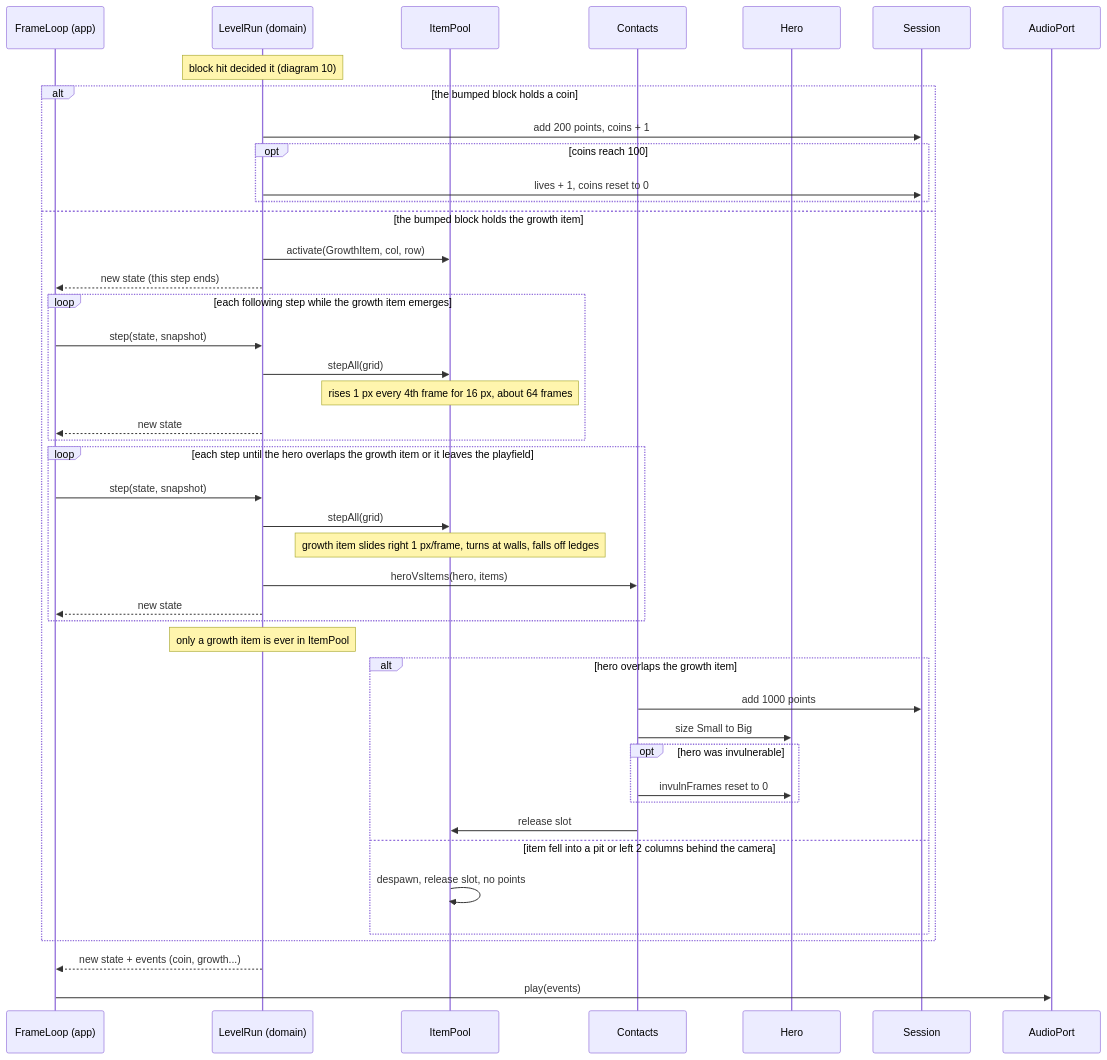
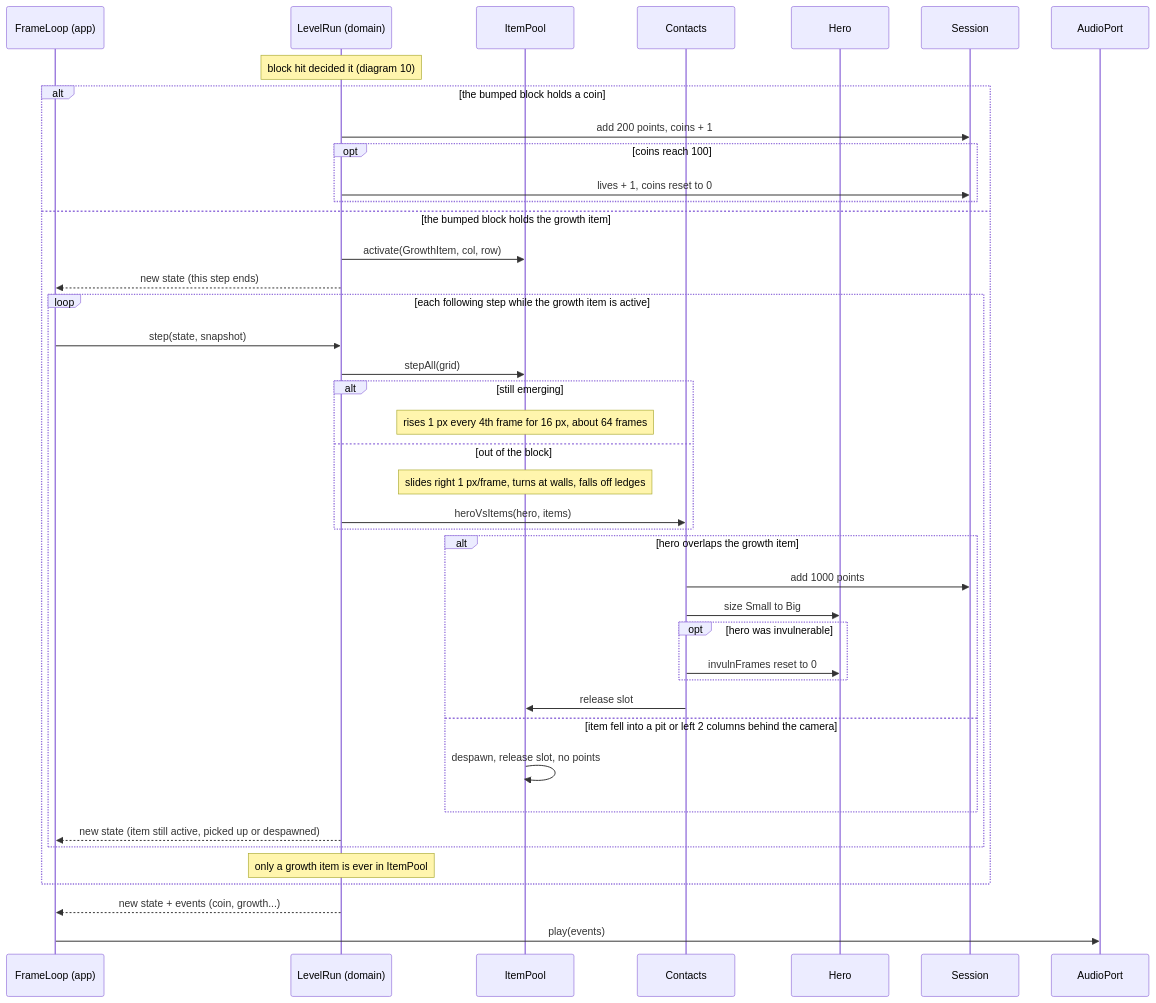
Before and after one commit to benoit-bremaud/retro-plumber: the diagram in docs/architecture/diagrams/gameplay/11-sequence-item-pickup.md, drawn with Mermaid. The commit also changed 2 other files, not shown here.

Commit message:
docs(uml): resolve terminal transitions inside each step in 11, 12, 13 (#7)

````diff
--- a/docs/architecture/diagrams/gameplay/11-sequence-item-pickup.md
+++ b/docs/architecture/diagrams/gameplay/11-sequence-item-pickup.md
@@ -13,46 +13,44 @@
 ```mermaid
 sequenceDiagram
     participant FL as FrameLoop (app)
     participant LR as LevelRun (domain)
     participant IP as ItemPool
     participant Ct as Contacts
     participant H as Hero
     participant Sess as Session
     participant Snd as AudioPort
     Note over LR: block hit decided it (diagram 10)
     alt the bumped block holds a coin
         LR->>Sess: add 200 points, coins + 1
         opt coins reach 100
             LR->>Sess: lives + 1, coins reset to 0
         end
     else the bumped block holds the growth item
         LR->>IP: activate(GrowthItem, col, row)
         LR-->>FL: new state (this step ends)
-        loop each following step while the growth item emerges
+        loop each following step while the growth item is active
             FL->>LR: step(state, snapshot)
             LR->>IP: stepAll(grid)
-            Note over IP: rises 1 px every 4th frame for 16 px, about 64 frames
-            LR-->>FL: new state
-        end
-        loop each step until the hero overlaps the growth item or it leaves the playfield
-            FL->>LR: step(state, snapshot)
-            LR->>IP: stepAll(grid)
-            Note over IP: growth item slides right 1 px/frame, turns at walls, falls off ledges
-            LR->>Ct: heroVsItems(hero, items)
-            LR-->>FL: new state
+            alt still emerging
+                Note over IP: rises 1 px every 4th frame for 16 px, about 64 frames
+            else out of the block
+                Note over IP: slides right 1 px/frame, turns at walls, falls off ledges
+                LR->>Ct: heroVsItems(hero, items)
+            end
+            alt hero overlaps the growth item
+                Ct->>Sess: add 1000 points
+                Ct->>H: size Small to Big
+                opt hero was invulnerable
+                    Ct->>H: invulnFrames reset to 0
+                end
+                Ct->>IP: release slot
+            else item fell into a pit or left 2 columns behind the camera
+                IP->>IP: despawn, release slot, no points
+            end
+            LR-->>FL: new state (item still active, picked up or despawned)
         end
         Note over LR: only a growth item is ever in ItemPool
-        alt hero overlaps the growth item
-            Ct->>Sess: add 1000 points
-            Ct->>H: size Small to Big
-            opt hero was invulnerable
-                Ct->>H: invulnFrames reset to 0
-            end
-            Ct->>IP: release slot
-        else item fell into a pit or left 2 columns behind the camera
-            IP->>IP: despawn, release slot, no points
-        end
     end
     LR-->>FL: new state + events (coin, growth...)
     FL->>Snd: play(events)
 ```
````
